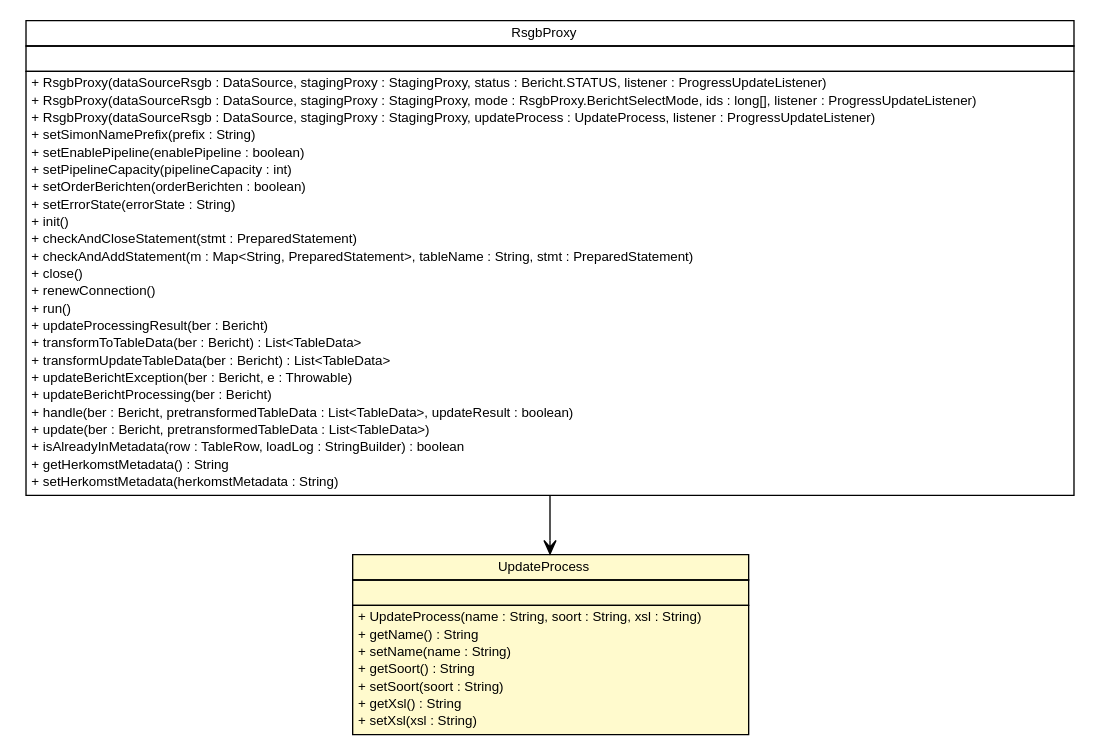
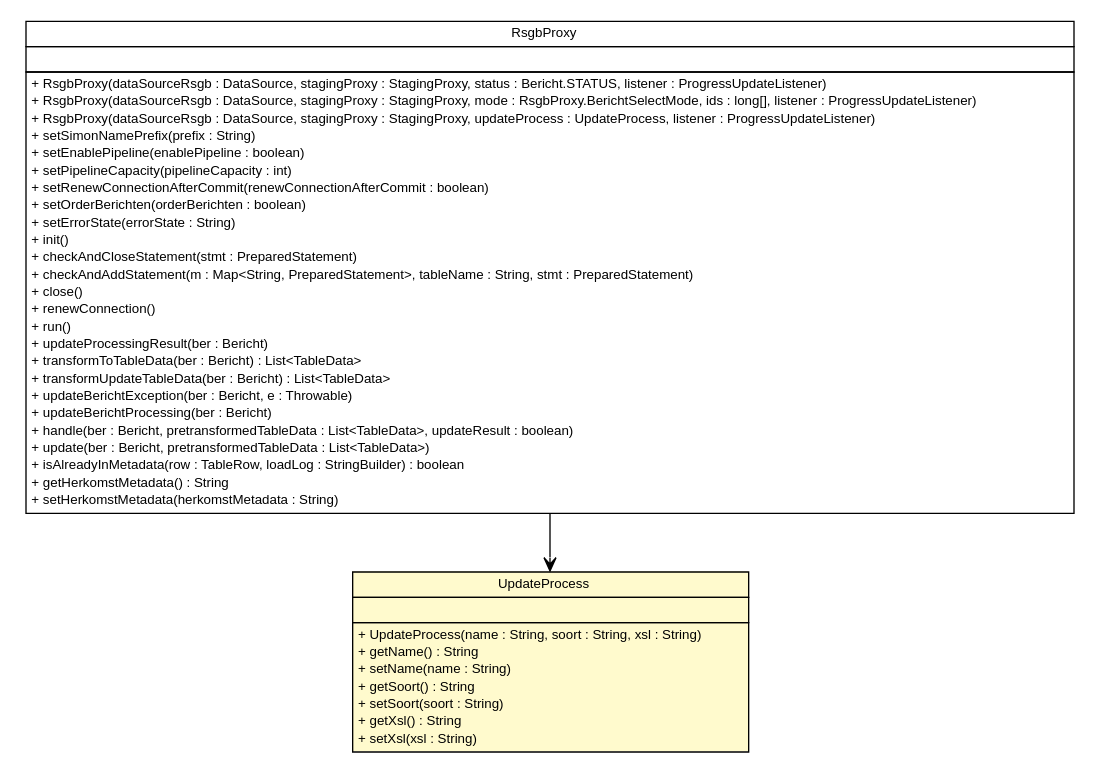
One commit to B3Partners/brmo changed the diagram in brmo-loader/apidocs/nl/b3p/brmo/loader/updates/UpdateProcess.dot. Above: the diagram before and after it, drawn with Graphviz. The commit also changed 377 other files, not shown here.

```diff
--- a/brmo-loader/apidocs/nl/b3p/brmo/loader/updates/UpdateProcess.dot
+++ b/brmo-loader/apidocs/nl/b3p/brmo/loader/updates/UpdateProcess.dot
@@ -1,67 +1,68 @@
 #!/usr/local/bin/dot
 #
 # Class diagram 
 # Generated by UMLGraph version R5_6-24-gf6e263 (http://www.umlgraph.org/)
 #
 
 digraph G {
 	edge [fontname="Helvetica",fontsize=10,labelfontname="Helvetica",labelfontsize=10];
 	node [fontname="Helvetica",fontsize=10,shape=plaintext];
 	nodesep=0.25;
 	ranksep=0.5;
+	// nl.b3p.brmo.loader.updates.UpdateProcess
+	c1898 [label=<<table title="nl.b3p.brmo.loader.updates.UpdateProcess" border="0" cellborder="1" cellspacing="0" cellpadding="2" port="p" bgcolor="lemonChiffon" href="./UpdateProcess.html">
+		<tr><td><table border="0" cellspacing="0" cellpadding="1">
+<tr><td align="center" balign="center"> UpdateProcess </td></tr>
+		</table></td></tr>
+		<tr><td><table border="0" cellspacing="0" cellpadding="1">
+<tr><td align="left" balign="left">  </td></tr>
+		</table></td></tr>
+		<tr><td><table border="0" cellspacing="0" cellpadding="1">
+<tr><td align="left" balign="left"> + UpdateProcess(name : String, soort : String, xsl : String) </td></tr>
+<tr><td align="left" balign="left"> + getName() : String </td></tr>
+<tr><td align="left" balign="left"> + setName(name : String) </td></tr>
+<tr><td align="left" balign="left"> + getSoort() : String </td></tr>
+<tr><td align="left" balign="left"> + setSoort(soort : String) </td></tr>
+<tr><td align="left" balign="left"> + getXsl() : String </td></tr>
+<tr><td align="left" balign="left"> + setXsl(xsl : String) </td></tr>
+		</table></td></tr>
+		</table>>, URL="./UpdateProcess.html", fontname="Helvetica", fontcolor="black", fontsize=10.0];
 	// nl.b3p.brmo.loader.RsgbProxy
-	c2816 [label=<<table title="nl.b3p.brmo.loader.RsgbProxy" border="0" cellborder="1" cellspacing="0" cellpadding="2" port="p" href="../RsgbProxy.html">
+	c1899 [label=<<table title="nl.b3p.brmo.loader.RsgbProxy" border="0" cellborder="1" cellspacing="0" cellpadding="2" port="p" href="../RsgbProxy.html">
 		<tr><td><table border="0" cellspacing="0" cellpadding="1">
 <tr><td align="center" balign="center"> RsgbProxy </td></tr>
 		</table></td></tr>
 		<tr><td><table border="0" cellspacing="0" cellpadding="1">
 <tr><td align="left" balign="left">  </td></tr>
 		</table></td></tr>
 		<tr><td><table border="0" cellspacing="0" cellpadding="1">
 <tr><td align="left" balign="left"> + RsgbProxy(dataSourceRsgb : DataSource, stagingProxy : StagingProxy, status : Bericht.STATUS, listener : ProgressUpdateListener) </td></tr>
 <tr><td align="left" balign="left"> + RsgbProxy(dataSourceRsgb : DataSource, stagingProxy : StagingProxy, mode : RsgbProxy.BerichtSelectMode, ids : long[], listener : ProgressUpdateListener) </td></tr>
 <tr><td align="left" balign="left"> + RsgbProxy(dataSourceRsgb : DataSource, stagingProxy : StagingProxy, updateProcess : UpdateProcess, listener : ProgressUpdateListener) </td></tr>
 <tr><td align="left" balign="left"> + setSimonNamePrefix(prefix : String) </td></tr>
 <tr><td align="left" balign="left"> + setEnablePipeline(enablePipeline : boolean) </td></tr>
 <tr><td align="left" balign="left"> + setPipelineCapacity(pipelineCapacity : int) </td></tr>
+<tr><td align="left" balign="left"> + setRenewConnectionAfterCommit(renewConnectionAfterCommit : boolean) </td></tr>
 <tr><td align="left" balign="left"> + setOrderBerichten(orderBerichten : boolean) </td></tr>
 <tr><td align="left" balign="left"> + setErrorState(errorState : String) </td></tr>
 <tr><td align="left" balign="left"> + init() </td></tr>
 <tr><td align="left" balign="left"> + checkAndCloseStatement(stmt : PreparedStatement) </td></tr>
 <tr><td align="left" balign="left"> + checkAndAddStatement(m : Map&lt;String, PreparedStatement&gt;, tableName : String, stmt : PreparedStatement) </td></tr>
 <tr><td align="left" balign="left"> + close() </td></tr>
 <tr><td align="left" balign="left"> + renewConnection() </td></tr>
 <tr><td align="left" balign="left"> + run() </td></tr>
 <tr><td align="left" balign="left"> + updateProcessingResult(ber : Bericht) </td></tr>
 <tr><td align="left" balign="left"> + transformToTableData(ber : Bericht) : List&lt;TableData&gt; </td></tr>
 <tr><td align="left" balign="left"> + transformUpdateTableData(ber : Bericht) : List&lt;TableData&gt; </td></tr>
 <tr><td align="left" balign="left"> + updateBerichtException(ber : Bericht, e : Throwable) </td></tr>
 <tr><td align="left" balign="left"> + updateBerichtProcessing(ber : Bericht) </td></tr>
 <tr><td align="left" balign="left"> + handle(ber : Bericht, pretransformedTableData : List&lt;TableData&gt;, updateResult : boolean) </td></tr>
 <tr><td align="left" balign="left"> + update(ber : Bericht, pretransformedTableData : List&lt;TableData&gt;) </td></tr>
 <tr><td align="left" balign="left"> + isAlreadyInMetadata(row : TableRow, loadLog : StringBuilder) : boolean </td></tr>
 <tr><td align="left" balign="left"> + getHerkomstMetadata() : String </td></tr>
 <tr><td align="left" balign="left"> + setHerkomstMetadata(herkomstMetadata : String) </td></tr>
 		</table></td></tr>
 		</table>>, URL="../RsgbProxy.html", fontname="Helvetica", fontcolor="black", fontsize=10.0];
-	// nl.b3p.brmo.loader.updates.UpdateProcess
-	c2821 [label=<<table title="nl.b3p.brmo.loader.updates.UpdateProcess" border="0" cellborder="1" cellspacing="0" cellpadding="2" port="p" bgcolor="lemonChiffon" href="./UpdateProcess.html">
-		<tr><td><table border="0" cellspacing="0" cellpadding="1">
-<tr><td align="center" balign="center"> UpdateProcess </td></tr>
-		</table></td></tr>
-		<tr><td><table border="0" cellspacing="0" cellpadding="1">
-<tr><td align="left" balign="left">  </td></tr>
-		</table></td></tr>
-		<tr><td><table border="0" cellspacing="0" cellpadding="1">
-<tr><td align="left" balign="left"> + UpdateProcess(name : String, soort : String, xsl : String) </td></tr>
-<tr><td align="left" balign="left"> + getName() : String </td></tr>
-<tr><td align="left" balign="left"> + setName(name : String) </td></tr>
-<tr><td align="left" balign="left"> + getSoort() : String </td></tr>
-<tr><td align="left" balign="left"> + setSoort(soort : String) </td></tr>
-<tr><td align="left" balign="left"> + getXsl() : String </td></tr>
-<tr><td align="left" balign="left"> + setXsl(xsl : String) </td></tr>
-		</table></td></tr>
-		</table>>, URL="./UpdateProcess.html", fontname="Helvetica", fontcolor="black", fontsize=10.0];
 	// nl.b3p.brmo.loader.RsgbProxy NAVASSOC nl.b3p.brmo.loader.updates.UpdateProcess
-	c2816:p -> c2821:p [taillabel="", label="", headlabel="", fontname="Helvetica", fontcolor="black", fontsize=10.0, color="black", arrowhead=open];
+	c1899:p -> c1898:p [taillabel="", label="", headlabel="", fontname="Helvetica", fontcolor="black", fontsize=10.0, color="black", arrowhead=open];
 }
```
